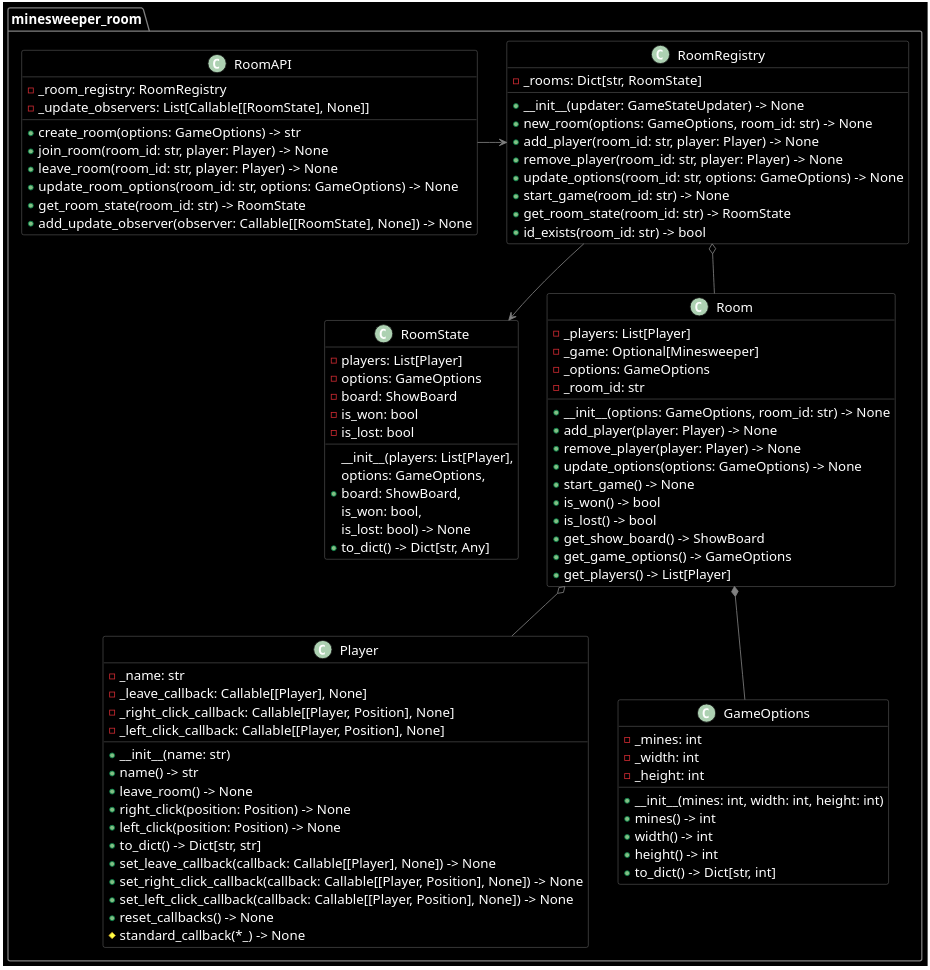
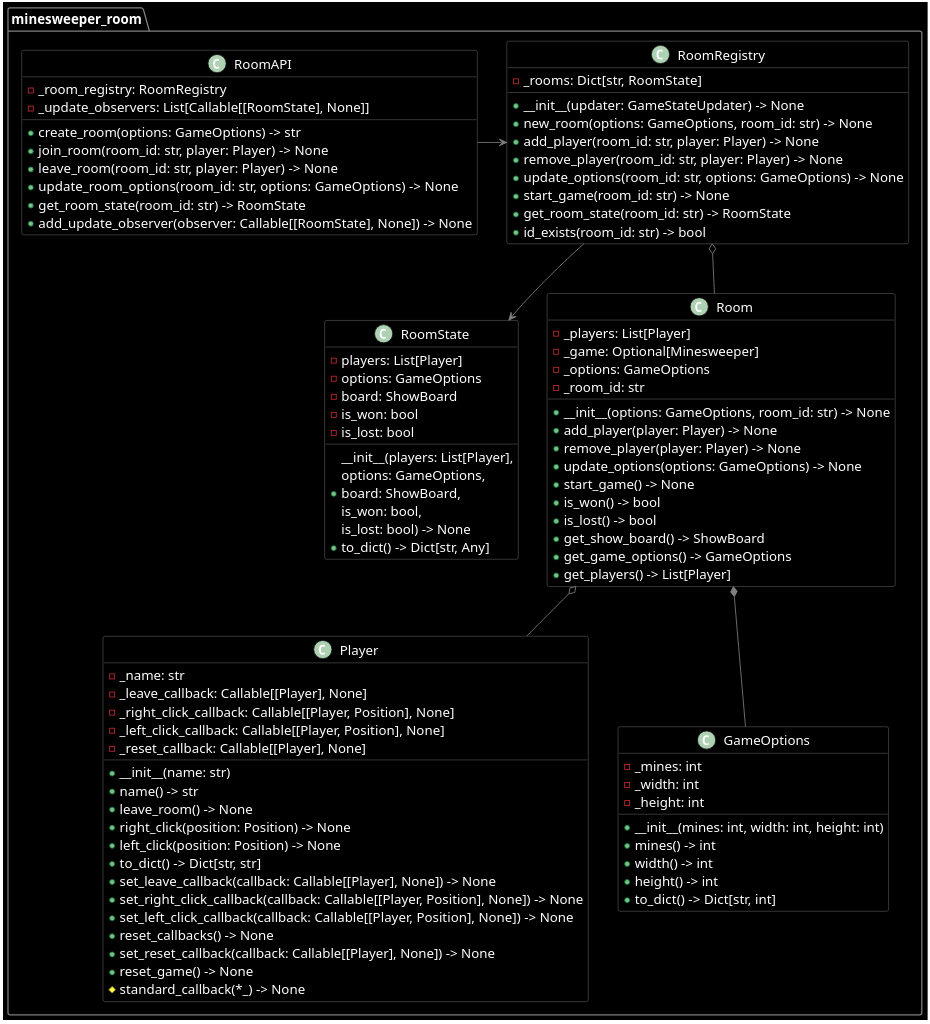
The diagram in doc/minesweeper_room-diagram.puml (HampusSiik/minesweeper-with-friends), drawn with PlantUML before and after one commit. The commit also changed 3 other files, not shown here.

Commit message:
Add reset functionality to the game with callback support

```diff
--- a/doc/minesweeper_room-diagram.puml
+++ b/doc/minesweeper_room-diagram.puml
@@ -1,128 +1,131 @@
 @startuml minesweeper_room
 
 skinparam {
 
     DefaultFontColor White
     DefaultFontName Monospace
     DefaultFontSize 16
     DefaultBorderColor White
     ArrowColor Gray
 
     BackgroundColor Black
     BorderColor Gray
     FontColor White
 
     class {
         BackgroundColor Black
         BorderColor Gray
     }
 
     package {
         BackgroundColor Black
         BorderColor Gray
     }
 
 }
 
 package minesweeper_room {
 
     class RoomState {
         - players: List[Player]
         - options: GameOptions
         - board: ShowBoard
         - is_won: bool
         - is_lost: bool
         + __init__(players: List[Player],\noptions: GameOptions,\nboard: ShowBoard,\nis_won: bool,\nis_lost: bool) -> None
         + to_dict() -> Dict[str, Any]
     }
 
     class RoomAPI {
         - _room_registry: RoomRegistry
         - _update_observers: List[Callable[[RoomState], None]]
 
         + create_room(options: GameOptions) -> str
         + join_room(room_id: str, player: Player) -> None
         + leave_room(room_id: str, player: Player) -> None
         + update_room_options(room_id: str, options: GameOptions) -> None
         + get_room_state(room_id: str) -> RoomState
         + add_update_observer(observer: Callable[[RoomState], None]) -> None
     }
 
     class RoomRegistry {
         - _rooms: Dict[str, RoomState]
         + __init__(updater: GameStateUpdater) -> None
         + new_room(options: GameOptions, room_id: str) -> None
         + add_player(room_id: str, player: Player) -> None
         + remove_player(room_id: str, player: Player) -> None
         + update_options(room_id: str, options: GameOptions) -> None
         + start_game(room_id: str) -> None
         + get_room_state(room_id: str) -> RoomState
         + id_exists(room_id: str) -> bool
     }
 
     class Player {
 
         - _name: str
         - _leave_callback: Callable[[Player], None]
         - _right_click_callback: Callable[[Player, Position], None]
         - _left_click_callback: Callable[[Player, Position], None]
+        - _reset_callback: Callable[[Player], None]
 
         + __init__(name: str)
         + name() -> str
         + leave_room() -> None
         + right_click(position: Position) -> None
         + left_click(position: Position) -> None
         + to_dict() -> Dict[str, str]
         + set_leave_callback(callback: Callable[[Player], None]) -> None
         + set_right_click_callback(callback: Callable[[Player, Position], None]) -> None
         + set_left_click_callback(callback: Callable[[Player, Position], None]) -> None
         + reset_callbacks() -> None
+        + set_reset_callback(callback: Callable[[Player], None]) -> None
+        + reset_game() -> None
         # standard_callback(*_) -> None
 
     }
 
     class GameOptions {
 
         - _mines: int
         - _width: int
         - _height: int
 
         + __init__(mines: int, width: int, height: int)
         + mines() -> int
         + width() -> int
         + height() -> int
         + to_dict() -> Dict[str, int]
 
     }
 
     class Room {
 
         - _players: List[Player]
         - _game: Optional[Minesweeper]
         - _options: GameOptions
         - _room_id: str
 
         + __init__(options: GameOptions, room_id: str) -> None
         + add_player(player: Player) -> None
         + remove_player(player: Player) -> None
         + update_options(options: GameOptions) -> None
         + start_game() -> None
         + is_won() -> bool
         + is_lost() -> bool
         + get_show_board() -> ShowBoard
         + get_game_options() -> GameOptions
         + get_players() -> List[Player]
 
     }
 
     RoomAPI -> RoomRegistry
     RoomRegistry --> RoomState
 
     Room o-- Player
     Room *-- GameOptions
 
     RoomRegistry o-- Room
 
 }
 
 @enduml
```
